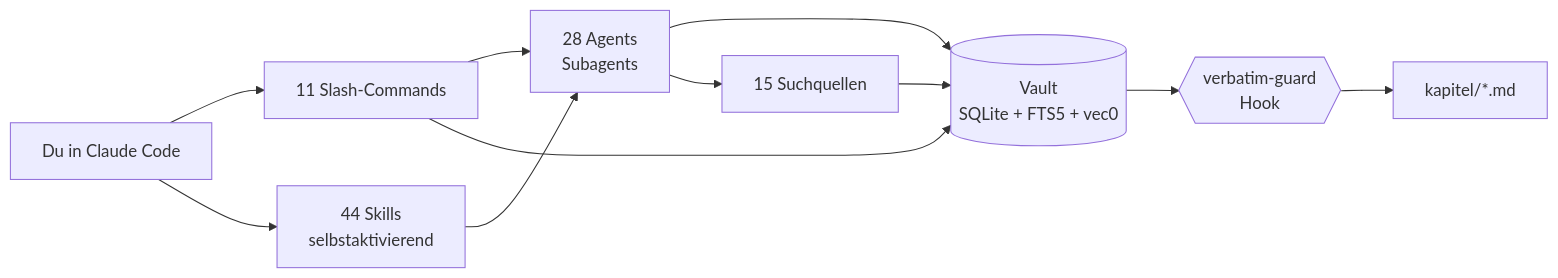
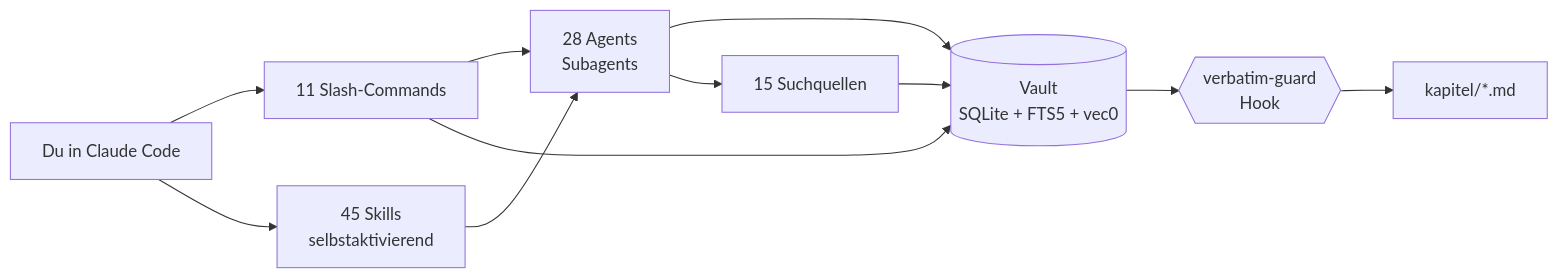
One commit to ahlerjam/academic-research changed the diagram in README.md. Above: the diagram before and after it, drawn with Mermaid. The commit also changed other lines of this file and 22 other files, not shown here.

````diff
--- a/README.md
+++ b/README.md
@@ -78,13 +78,13 @@
 ```mermaid
 graph LR
     U[Du in Claude Code] --> C[11 Slash-Commands]
-    U --> S[44 Skills<br/>selbstaktivierend]
+    U --> S[45 Skills<br/>selbstaktivierend]
     C --> A[28 Agents<br/>Subagents]
     S --> A
     A --> V[(Vault<br/>SQLite + FTS5 + vec0)]
     C --> V
     A --> Q[15 Suchquellen]
     Q --> V
     V --> H{{verbatim-guard<br/>Hook}}
     H --> K[kapitel/*.md]
 ```
````
